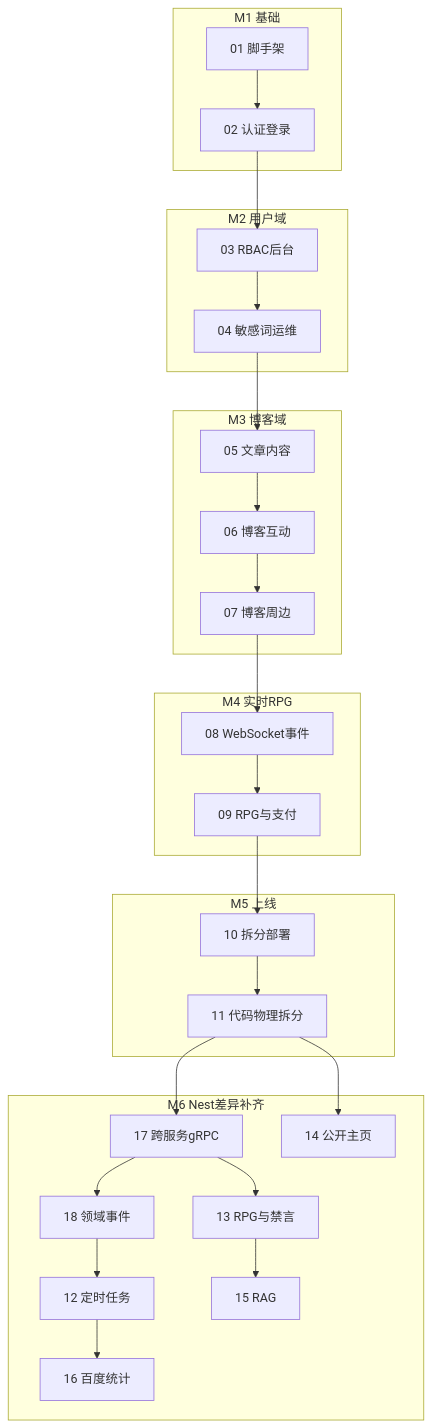
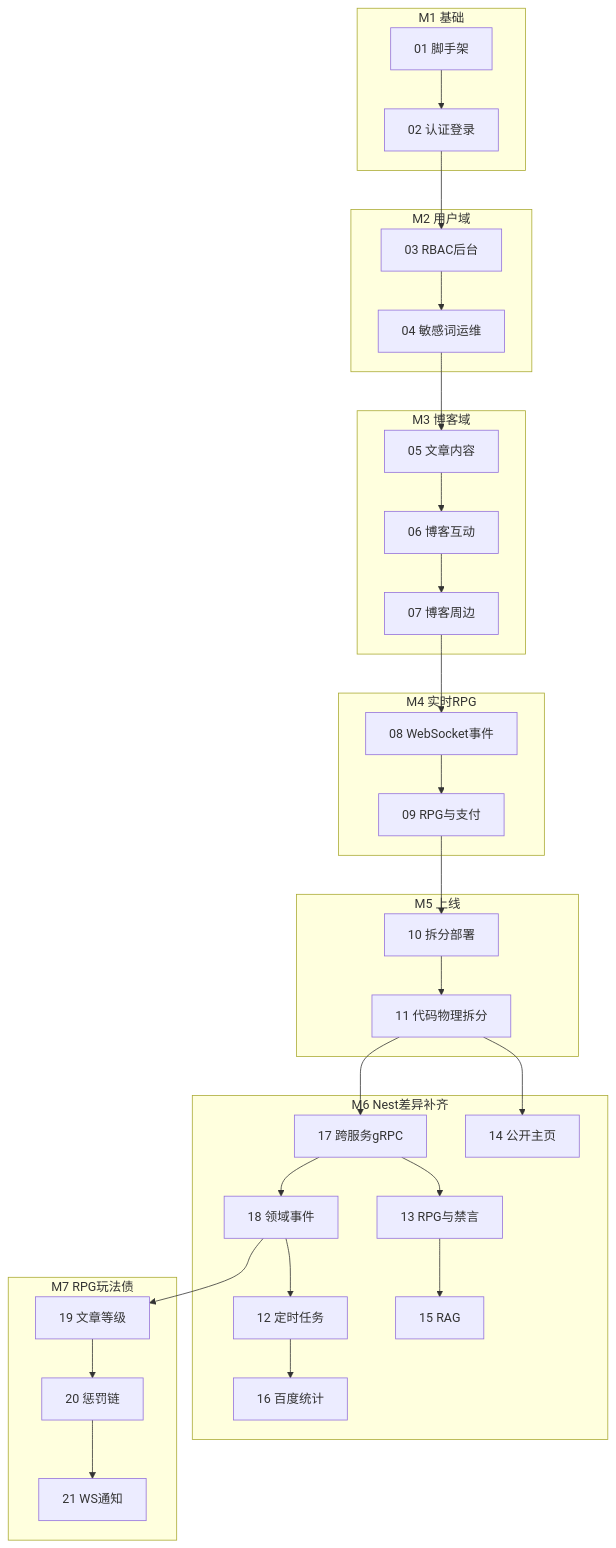
One commit to Jiang-Xia/blog-server-go changed the diagram in .cursor/plans/README.md. Above: the diagram before and after it, drawn with Mermaid. The commit also changed other lines of this file and 6 other files, not shown here.

````diff
--- a/.cursor/plans/README.md
+++ b/.cursor/plans/README.md
@@ -17,40 +18,46 @@
 ```mermaid
 flowchart TB
   subgraph M1 [M1 基础]
     P01["01 脚手架"]
     P02["02 认证登录"]
   end
   subgraph M2 [M2 用户域]
     P03["03 RBAC后台"]
     P04["04 敏感词运维"]
   end
   subgraph M3 [M3 博客域]
     P05["05 文章内容"]
     P06["06 博客互动"]
     P07["07 博客周边"]
   end
   subgraph M4 [M4 实时RPG]
     P08["08 WebSocket事件"]
     P09["09 RPG与支付"]
   end
   subgraph M5 [M5 上线]
     P10["10 拆分部署"]
     P11["11 代码物理拆分"]
   end
   subgraph M6 [M6 Nest差异补齐]
     P17["17 跨服务gRPC"]
     P18["18 领域事件"]
     P12["12 定时任务"]
     P13["13 RPG与禁言"]
     P14["14 公开主页"]
     P15["15 RAG"]
     P16["16 百度统计"]
   end
+  subgraph M7 [M7 RPG玩法债]
+    P19["19 文章等级"]
+    P20["20 惩罚链"]
+    P21["21 WS通知"]
+  end
   P01 --> P02 --> P03 --> P04 --> P05 --> P06 --> P07 --> P08 --> P09 --> P10 --> P11
   P11 --> P17 --> P18
   P17 --> P13
   P11 --> P14
   P18 --> P12
   P12 --> P16
   P13 --> P15
+  P18 --> P19 --> P20 --> P21
 ```
````
